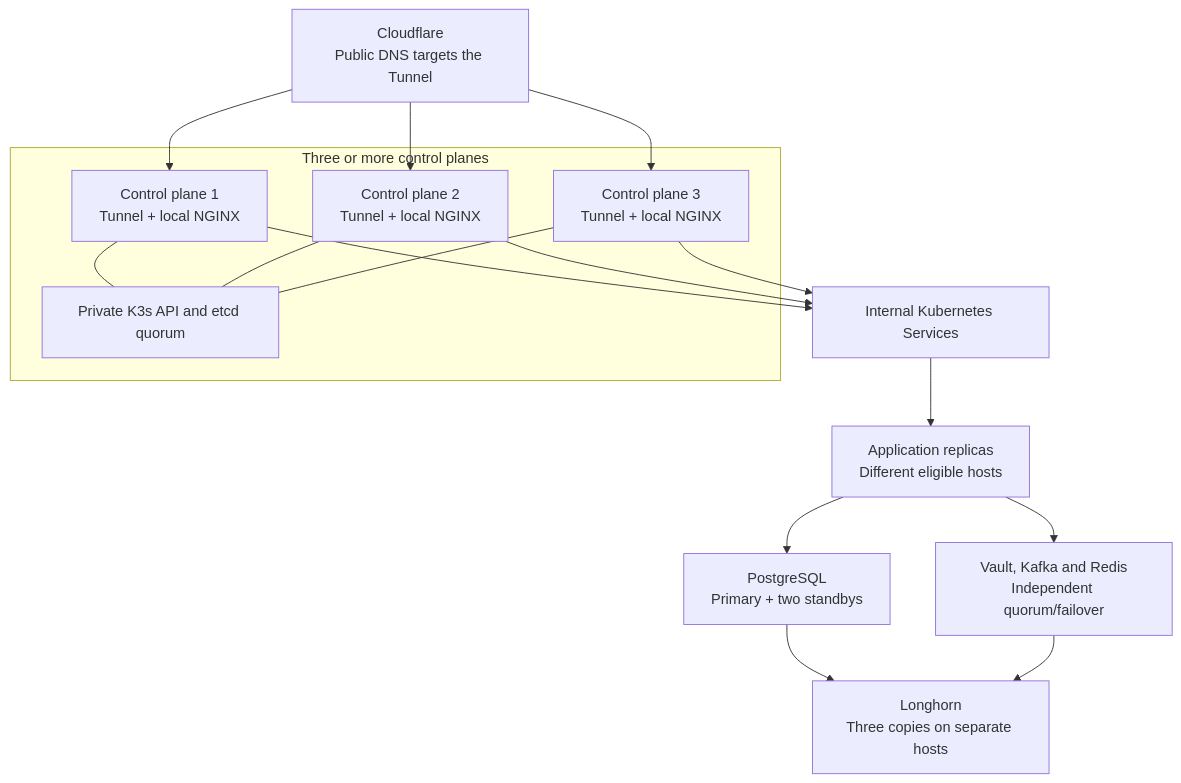
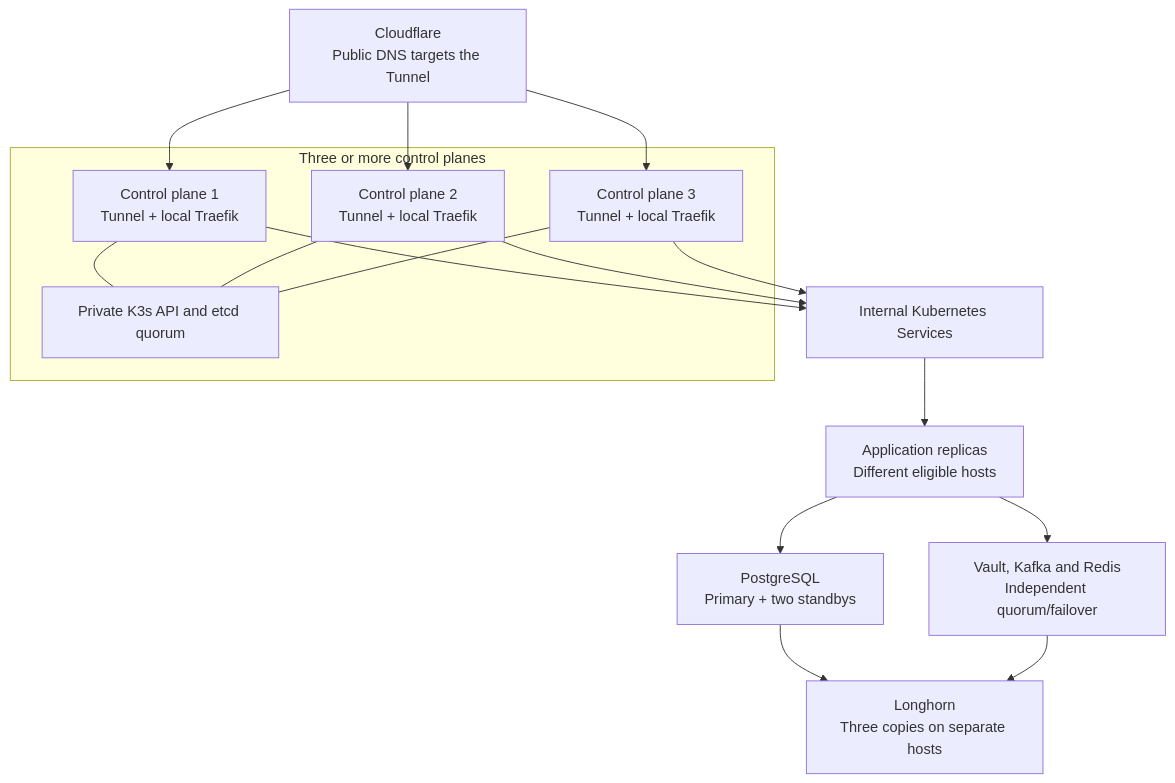
The diagram in docs/high-availability.md (chefzaid/bm-cluster), drawn with Mermaid before and after one commit. The commit also changed other lines of this file and 233 other files, not shown here.

````diff
--- a/docs/high-availability.md
+++ b/docs/high-availability.md
@@ -30,26 +30,26 @@
 ```mermaid
 flowchart TB
     accTitle: Public request path after HA activation
     accDescr: Cloudflare reaches an independent Tunnel connector and local ingress on every control plane. Kubernetes Services route requests to application replicas on separate hosts. PostgreSQL, Vault, Kafka and Redis have their own replication and failover mechanisms.
     Edge["Cloudflare<br/>Public DNS targets the Tunnel"]
     subgraph Planes["Three or more control planes"]
-        CP1["Control plane 1<br/>Tunnel + local NGINX"]
-        CP2["Control plane 2<br/>Tunnel + local NGINX"]
-        CP3["Control plane 3<br/>Tunnel + local NGINX"]
+        CP1["Control plane 1<br/>Tunnel + local Traefik"]
+        CP2["Control plane 2<br/>Tunnel + local Traefik"]
+        CP3["Control plane 3<br/>Tunnel + local Traefik"]
         Etcd["Private K3s API and etcd quorum"]
     end
     Edge --> CP1
     Edge --> CP2
     Edge --> CP3
     CP1 --- Etcd
     CP2 --- Etcd
     CP3 --- Etcd
     CP1 --> Services["Internal Kubernetes Services"]
     CP2 --> Services
     CP3 --> Services
     Services --> Apps["Application replicas<br/>Different eligible hosts"]
     Apps --> PG["PostgreSQL<br/>Primary + two standbys"]
     Apps --> Shared["Vault, Kafka and Redis<br/>Independent quorum/failover"]
     PG --> Storage["Longhorn<br/>Three copies on separate hosts"]
     Shared --> Storage
 ```
````
